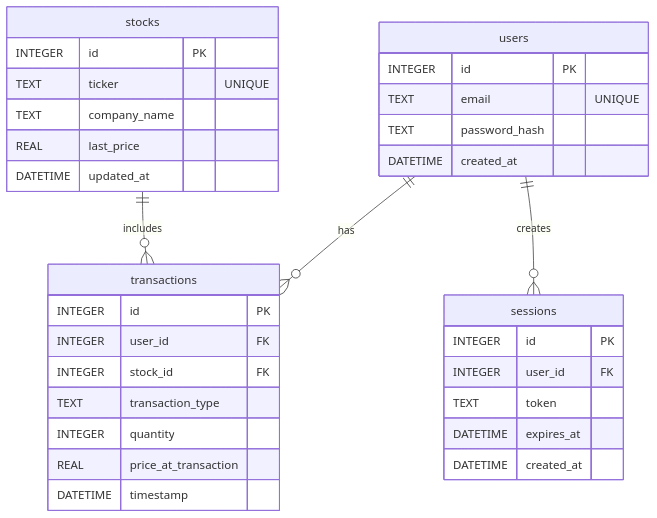
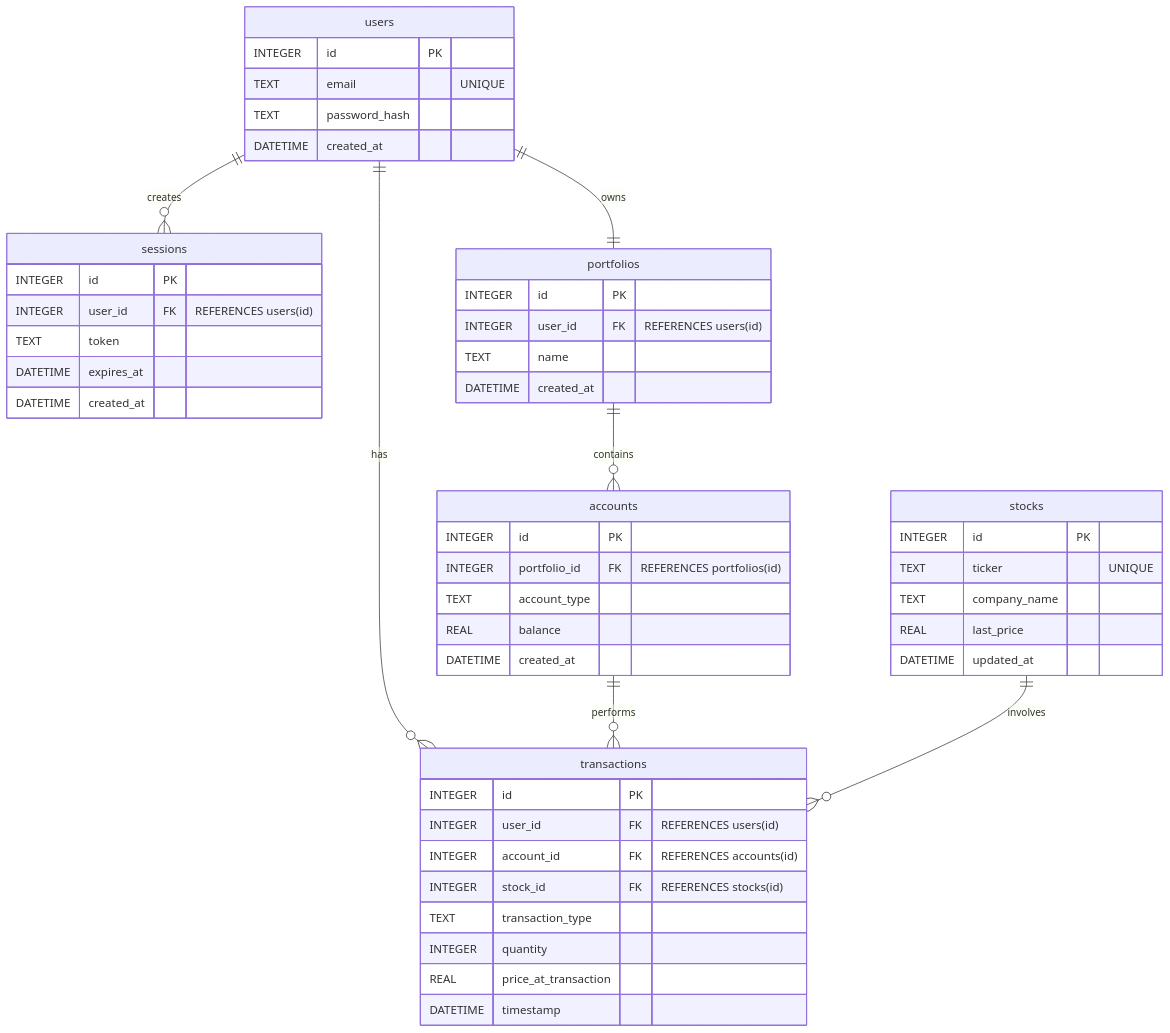
The diagram in docs/erd/full-schema.mmd (DavJesse/stock-folio), drawn with Mermaid before and after one commit.

Commit message:
docs: update database schema to include portfolio and accounts tables (#12.1)

```diff
--- a/docs/erd/full-schema.mmd
+++ b/docs/erd/full-schema.mmd
@@ -1,80 +1,60 @@
 erDiagram
-    %% A user can have multiple transactions (buy/sell stocks)
+
+    %% Relationships
     users ||--o{ transactions : has
+    users ||--o{ sessions : creates
+    users ||--|| portfolios : owns
+    portfolios ||--o{ accounts : contains
+    accounts ||--o{ transactions : performs
+    stocks ||--o{ transactions : involves
 
-    %% A user can create multiple sessions (for authentication)
-    users ||--o{ sessions : creates
-
-    %% Each transaction involves a specific stock
-    stocks ||--o{ transactions : includes
+    %% Tables
 
     users {
-        %% Primary key for user
         INTEGER id PK
-
-        %% Unique email for login/identification
         TEXT email "UNIQUE"
-
-        %% Securely stored password hash
         TEXT password_hash
-
-        %% Timestamp for account creation
         DATETIME created_at
     }
 
-    transactions {
-        %% Primary key for transaction
+    portfolios {
         INTEGER id PK
+        INTEGER user_id FK "REFERENCES users(id)"
+        TEXT name
+        DATETIME created_at
+    }
 
-        %% Foreign key: references users
-        INTEGER user_id FK
-
-        %% Foreign key: references stocks
-        INTEGER stock_id FK
-
-        %% 'buy' or 'sell' (could be enum in DB)
-        TEXT transaction_type
-
-        %% Number of shares transacted
-        INTEGER quantity
-
-        %% Price per share at transaction time
-        REAL price_at_transaction
-
-        %% When transaction occurred
-        DATETIME timestamp
+    accounts {
+        INTEGER id PK
+        INTEGER portfolio_id FK "REFERENCES portfolios(id)"
+        TEXT account_type
+        REAL balance
+        DATETIME created_at
     }
 
     sessions {
-        %% Primary key for session
         INTEGER id PK
-
-        %% Foreign key: references users
-        INTEGER user_id FK
-
-        %% Session token for authentication
+        INTEGER user_id FK "REFERENCES users(id)"
         TEXT token
-
-        %% Expiry time for session
         DATETIME expires_at
-
-        %% When session was created
         DATETIME created_at
     }
 
     stocks {
-         %% Primary key for stock
         INTEGER id PK
-
-        %% Unique stock ticker symbol
         TEXT ticker "UNIQUE"
-
-        %% Full company name
         TEXT company_name
-
-        %% Most recent price (for display, not transactional)
         REAL last_price
-        
-        %% When last_price was updated
         DATETIME updated_at
     }
+
+    transactions {
+        INTEGER id PK
+        INTEGER user_id FK "REFERENCES users(id)"
+        INTEGER account_id FK "REFERENCES accounts(id)"
+        INTEGER stock_id FK "REFERENCES stocks(id)"
+        TEXT transaction_type
+        INTEGER quantity
+        REAL price_at_transaction
+        DATETIME timestamp
+    }
```
